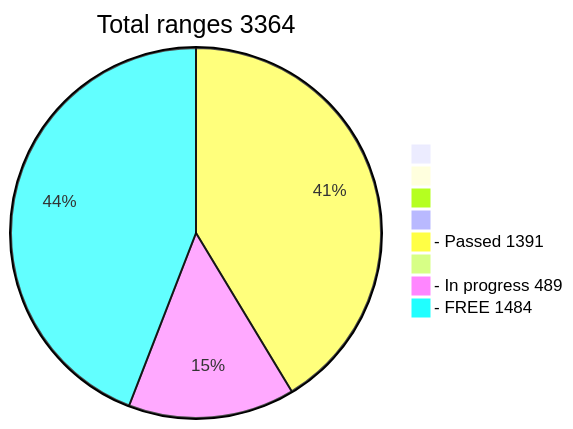
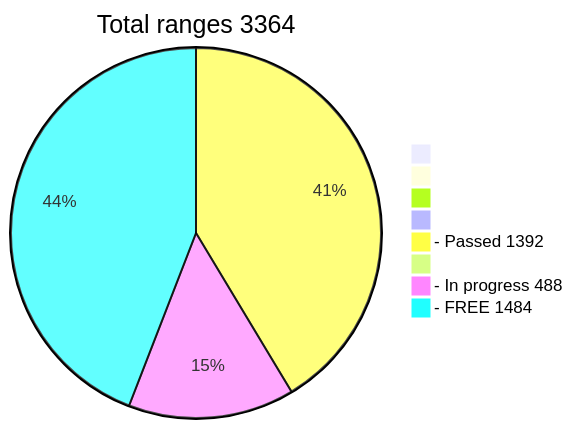
The diagram in README.md (phrutis/wif500), drawn with Mermaid before and after one commit.

````diff
--- a/README.md
+++ b/README.md
@@ -16,12 +16,12 @@
 ```mermaid
 pie title Total ranges 3364
              " " : 0
             "  " : 0
            "   " : 0
           "    " : 0
-  "- Passed 1391" : 1391
+  "- Passed 1392" : 1392
          "     " : 0
-  "- In progress 489" : 489
+  "- In progress 488" : 488
    "- FREE 1484" : 1484
    
 ```
````
